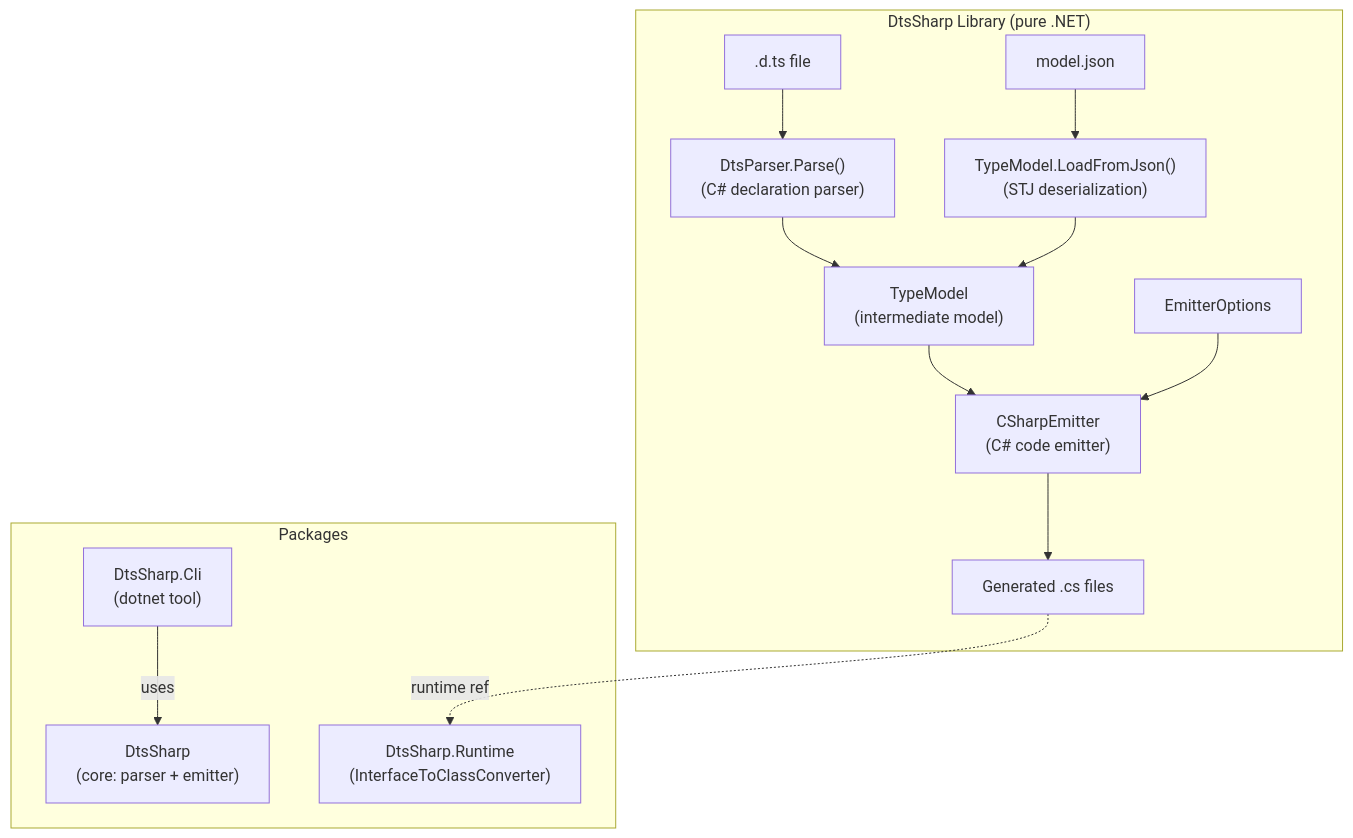
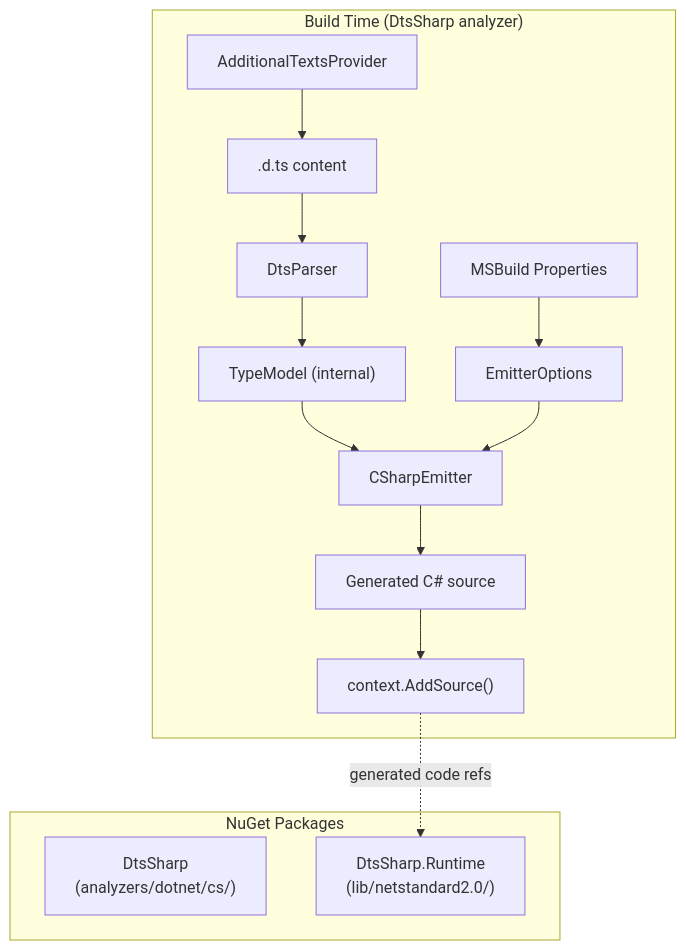
The diagram in .flow/specs/fn-11-extract-emitter-as-general-purpose-dts.md (unoplatform/uno.monaco.editor), drawn with Mermaid before and after one commit. The commit also changed other lines of this file and 2 other files, not shown here.

First line of the commit message:
chore(flow): update fn-10.4 task metadata with done status and evidence

````diff
--- a/.flow/specs/fn-11-extract-emitter-as-general-purpose-dts.md
+++ b/.flow/specs/fn-11-extract-emitter-as-general-purpose-dts.md
@@ -89,21 +76,20 @@
 ```mermaid
 graph TB
-    subgraph "DtsSharp Library (pure .NET)"
-        DTS[".d.ts file"] --> Parser["DtsParser.Parse()<br/>(C# declaration parser)"]
-        Parser --> Model["TypeModel<br/>(intermediate model)"]
-        JSON["model.json"] --> Deser["TypeModel.LoadFromJson()<br/>(STJ deserialization)"]
-        Deser --> Model
-        Model --> Emitter["CSharpEmitter<br/>(C# code emitter)"]
-        Opts["EmitterOptions"] --> Emitter
-        Emitter --> CS["Generated .cs files"]
+    subgraph "Build Time (DtsSharp analyzer)"
+        AT["AdditionalTextsProvider"] --> DTS[".d.ts content"]
+        MSB["MSBuild Properties"] --> Opts["EmitterOptions"]
+        DTS --> Parser["DtsParser"]
+        Parser --> Model["TypeModel (internal)"]
+        Model --> Emitter["CSharpEmitter"]
+        Opts --> Emitter
+        Emitter --> SRC["Generated C# source"]
+        SRC --> AddSrc["context.AddSource()"]
     end
 
-    subgraph "Packages"
-        Lib["DtsSharp<br/>(core: parser + emitter)"]
-        RT["DtsSharp.Runtime<br/>(InterfaceToClassConverter)"]
-        CLI["DtsSharp.Cli<br/>(dotnet tool)"]
+    subgraph "NuGet Packages"
+        Gen["DtsSharp<br/>(analyzers/dotnet/cs/)"]
+        RT["DtsSharp.Runtime<br/>(lib/netstandard2.0/)"]
     end
 
-    CS -.->|"runtime ref"| RT
-    CLI -->|"uses"| Lib
+    AddSrc -.->|"generated code refs"| RT
 ```
````
